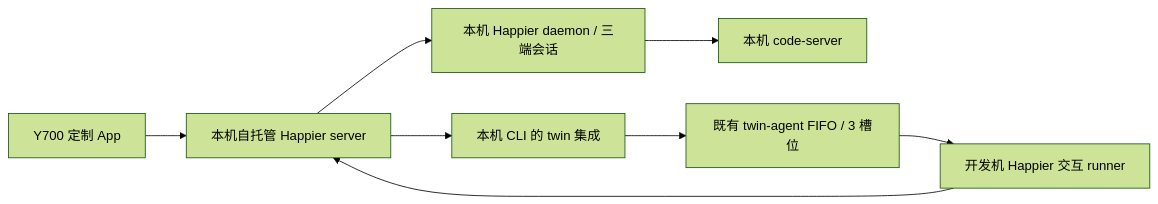
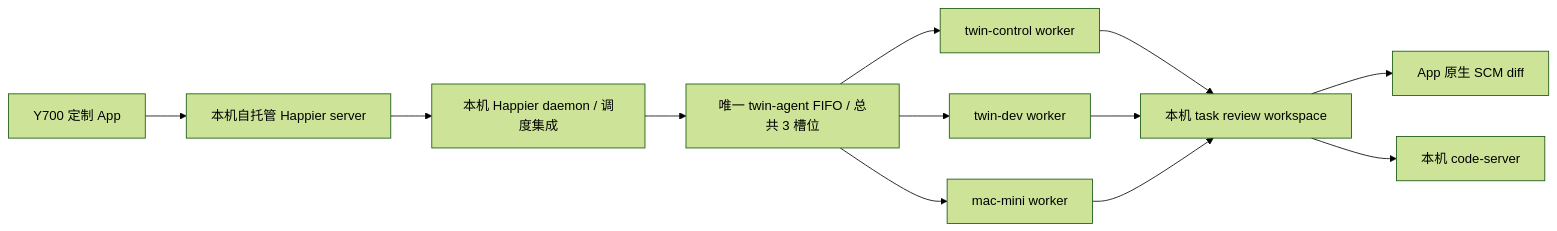
Before and after one commit to toagent/happier: the diagram in wetamp/plans/y700-private-android-customization.md, drawn with Mermaid (forest theme). The commit also changed other lines of this file and 27 other files, not shown here.

Commit message:
chore(wetamp): version twin-agent control plane

````diff
--- a/wetamp/plans/y700-private-android-customization.md
+++ b/wetamp/plans/y700-private-android-customization.md
@@ -90,10 +91,14 @@
 ```mermaid
 flowchart LR
     A[Y700 定制 App] --> S[本机自托管 Happier server]
-    S --> L[本机 Happier daemon / 三端会话]
-    L --> C[本机 code-server]
-    S --> B[本机 CLI 的 twin 集成]
-    B --> Q[既有 twin-agent FIFO / 3 槽位]
-    Q --> R[开发机 Happier 交互 runner]
-    R --> S
+    S --> L[本机 Happier daemon / 调度集成]
+    L --> Q[唯一 twin-agent FIFO / 总共 3 槽位]
+    Q --> W1[twin-control worker]
+    Q --> W2[twin-dev worker]
+    Q --> W3[mac-mini worker]
+    W1 --> V[本机 task review workspace]
+    W2 --> V
+    W3 --> V
+    V --> D[App 原生 SCM diff]
+    V --> C[本机 code-server]
 ```
````
